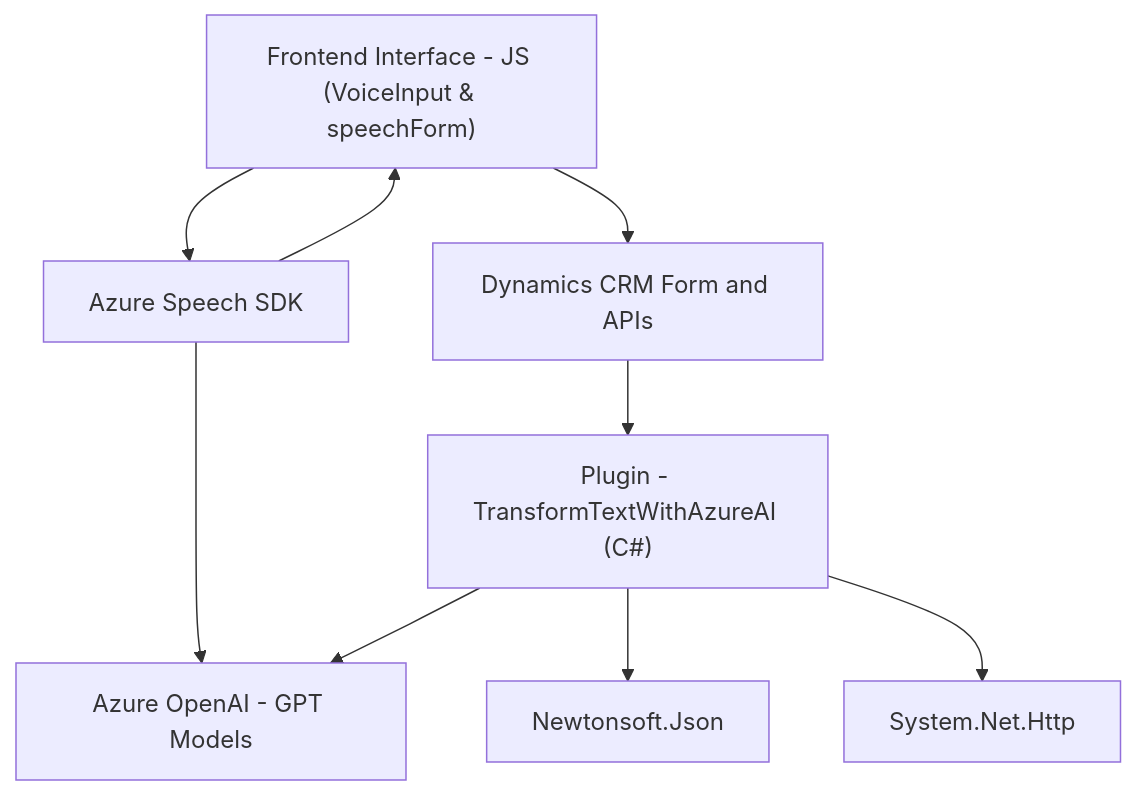
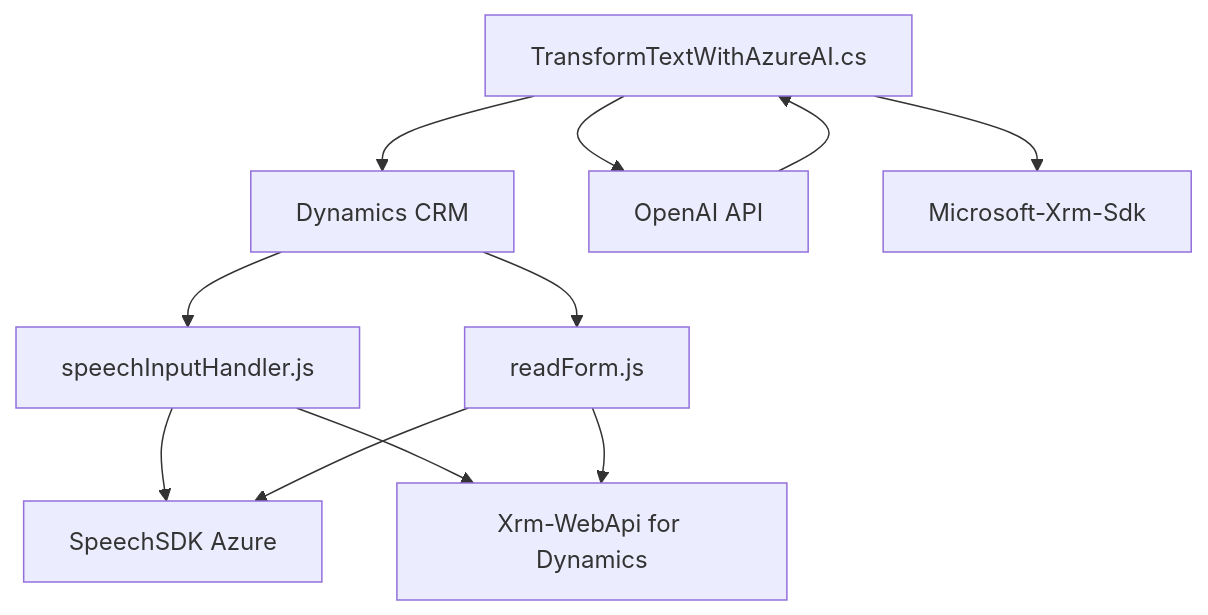
The diagram in README.md (blopezdm/NETCORE_BILBAO2025), drawn with Mermaid before and after one commit. The commit also changed other lines of this file, not shown here.

````diff
--- a/README.md
+++ b/README.md
@@ -44,19 +45,13 @@
 ```mermaid
 graph TD
-A["Frontend Interface - JS (VoiceInput & speechForm)"]
-B["Azure Speech SDK"]
-C["Dynamics CRM Form and APIs"]
-D["Plugin - TransformTextWithAzureAI (C#)"]
-E["Azure OpenAI - GPT Models"]
-F["Newtonsoft.Json"]
-G["System.Net.Http"]
-
-A --> B
-A --> C
-B --> A
-B --> E
-C --> D
-D --> E
-D --> F
-D --> G
+    A["Dynamics CRM"] --> B["speechInputHandler.js"]
+    A --> C["readForm.js"]
+    B --> D["SpeechSDK Azure"]
+    C --> D
+    B --> E["Xrm-WebApi for Dynamics"]
+    C --> E
+    F["TransformTextWithAzureAI.cs"] --> A
+    F --> G["OpenAI API"]
+    F --> H["Microsoft-Xrm-Sdk"]
+    G --> F
 ```
````
